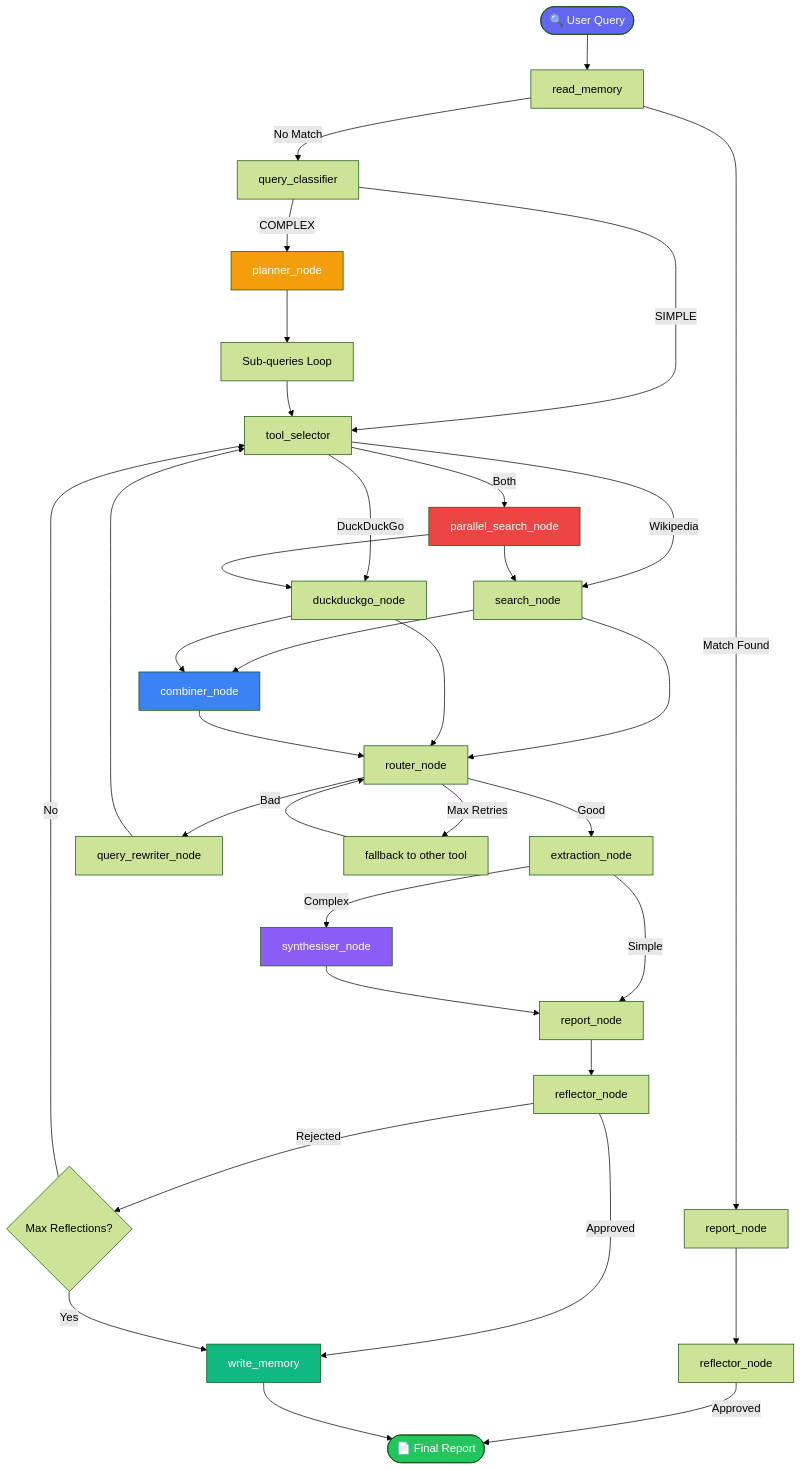
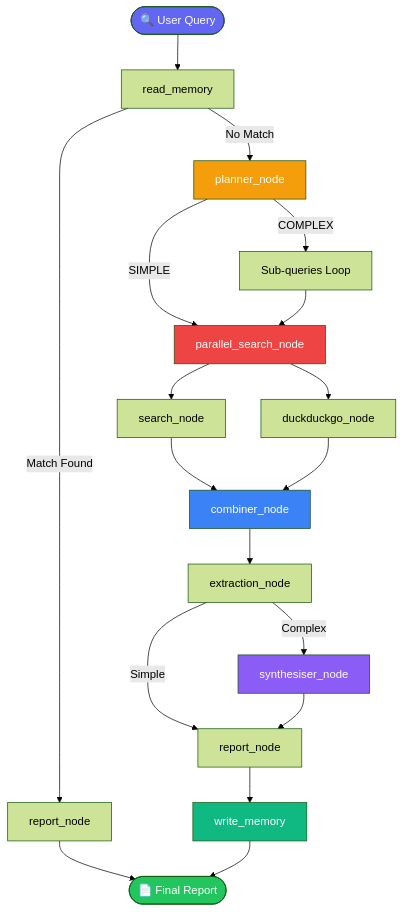
One commit to tanushbuilds/agentic-researcher changed the diagram in README.md. Above: the diagram before and after it, drawn with Mermaid (forest theme). The commit also changed other lines of this file, not shown here.

````diff
--- a/README.md
+++ b/README.md
@@ -9,53 +9,33 @@
 ```mermaid
 flowchart TD
     A([🔍 User Query]) --> B[read_memory]
     B -->|Match Found| C[report_node]
-    C --> D[reflector_node]
-    D -->|Approved| E([📄 Final Report])
-    B -->|No Match| F[query_classifier]
+    C --> E([📄 Final Report])
+    B -->|No Match| F[planner_node]
 
-    F -->|SIMPLE| G[tool_selector]
-    F -->|COMPLEX| H[planner_node]
+    F -->|SIMPLE| PS[parallel_search_node]
+    F -->|COMPLEX| I[Sub-queries Loop]
+    I --> PS
 
-    H --> I[Sub-queries Loop]
-    I --> G
-
-    G -->|Wikipedia| J[search_node]
-    G -->|DuckDuckGo| K[duckduckgo_node]
-    G -->|Both| PS[parallel_search_node]
-
-    PS --> J
-    PS --> K
+    PS --> J[search_node]
+    PS --> K[duckduckgo_node]
     J --> L[combiner_node]
     K --> L
 
-    J --> M[router_node]
-    K --> M
-    L --> M
-
-    M -->|Good| N[extraction_node]
-    M -->|Bad| O[query_rewriter_node]
-    O --> G
-
-    M -->|Max Retries| P[fallback to other tool]
-    P --> M
+    L --> N[extraction_node]
 
     N -->|Simple| Q[report_node]
     N -->|Complex| R[synthesiser_node]
     R --> Q
 
-    Q --> S[reflector_node]
-    S -->|Approved| T[write_memory]
+    Q --> T[write_memory]
     T --> E
-    S -->|Rejected| U{Max Reflections?}
-    U -->|No| G
-    U -->|Yes| T
 
     style A fill:#6366f1,color:#fff
     style E fill:#22c55e,color:#fff
-    style H fill:#f59e0b,color:#fff
+    style F fill:#f59e0b,color:#fff
     style PS fill:#ef4444,color:#fff
     style L fill:#3b82f6,color:#fff
     style R fill:#8b5cf6,color:#fff
     style T fill:#10b981,color:#fff
 ```
````
